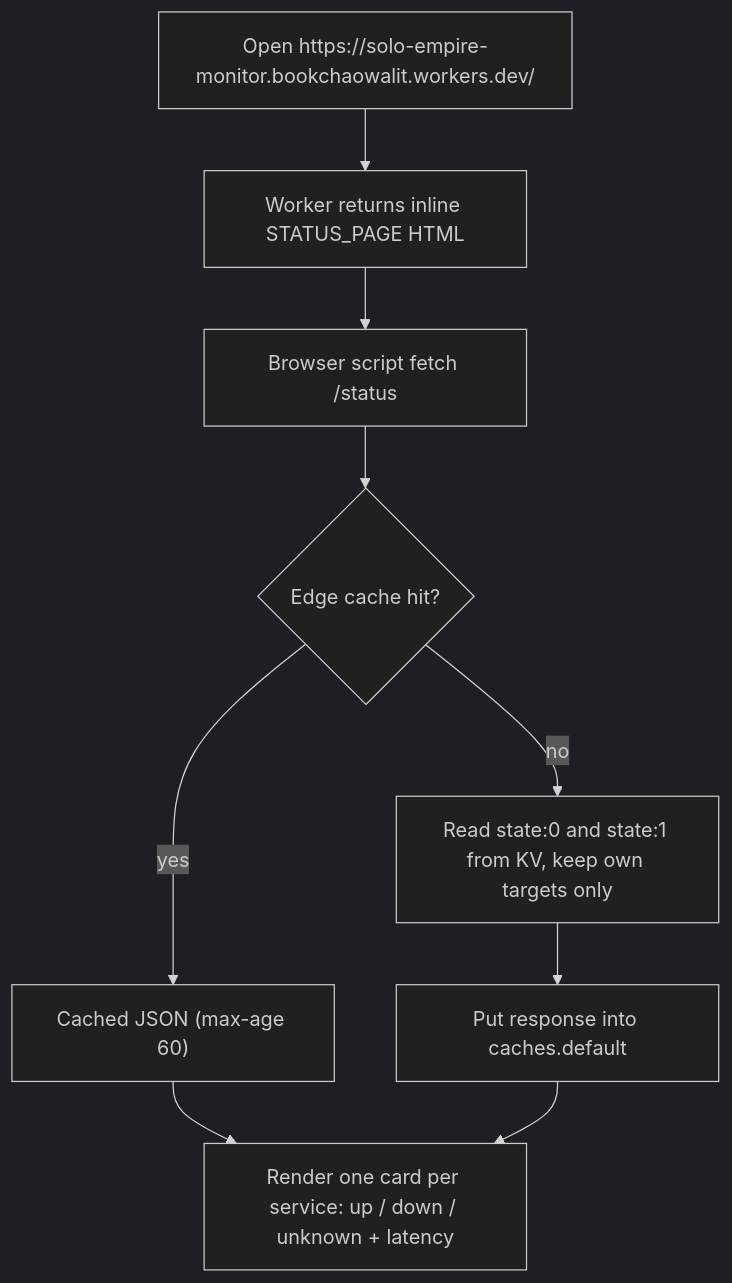
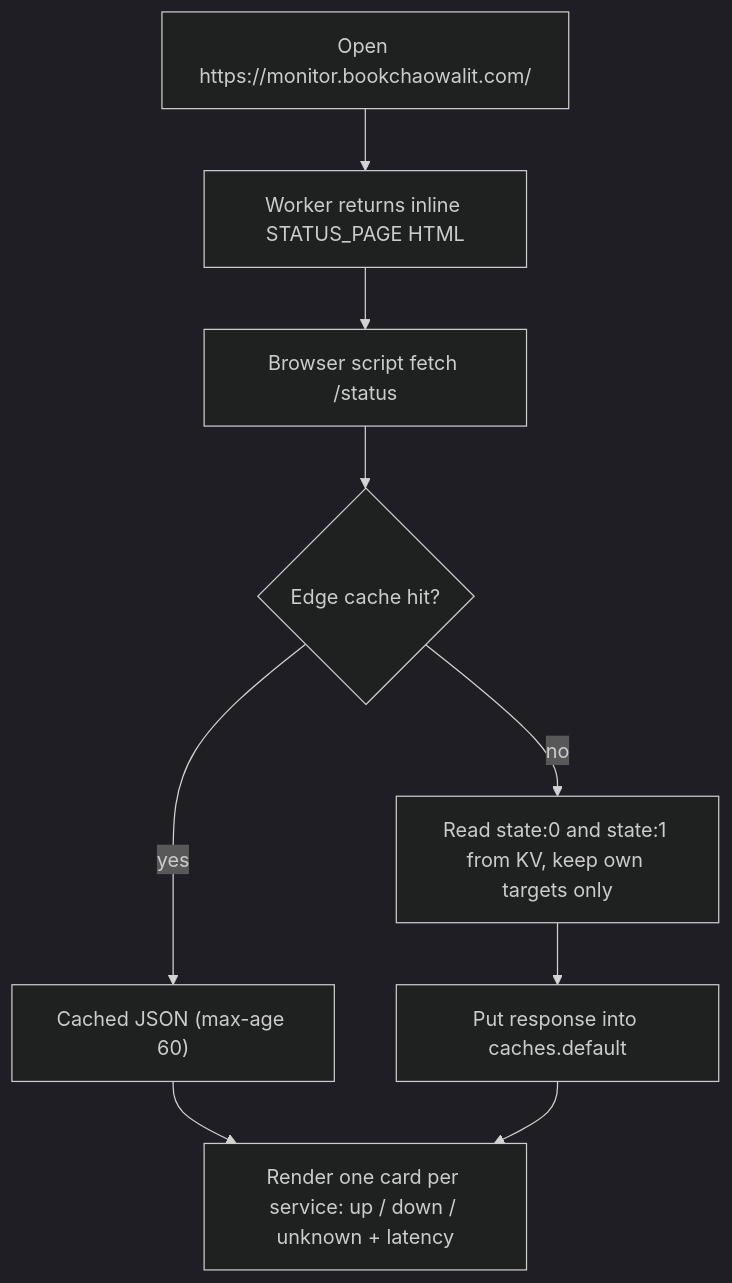
The first of 3 diagrams in docs/diagrams/03-user-flows.md (bookchaowalit/platform-uptime-worker), drawn with Mermaid (dark theme) before and after one commit. The commit also changed 4 other files, not shown here.

First line of the commit message:
Serve the monitor only on monitor.bookchaowalit.com

````diff
--- a/docs/diagrams/03-user-flows.md
+++ b/docs/diagrams/03-user-flows.md
@@ -7,11 +7,11 @@
 ```mermaid
 flowchart TD
-    A["Open https://solo-empire-monitor.bookchaowalit.workers.dev/"] --> B["Worker returns inline STATUS_PAGE HTML"]
+    A["Open https://monitor.bookchaowalit.com/"] --> B["Worker returns inline STATUS_PAGE HTML"]
     B --> C["Browser script fetch /status"]
     C --> D{"Edge cache hit?"}
     D -- yes --> E["Cached JSON (max-age 60)"]
     D -- no --> F["Read state:0 and state:1 from KV, keep own targets only"]
     F --> G["Put response into caches.default"]
     E --> H["Render one card per service: up / down / unknown + latency"]
     G --> H
 ```
````
